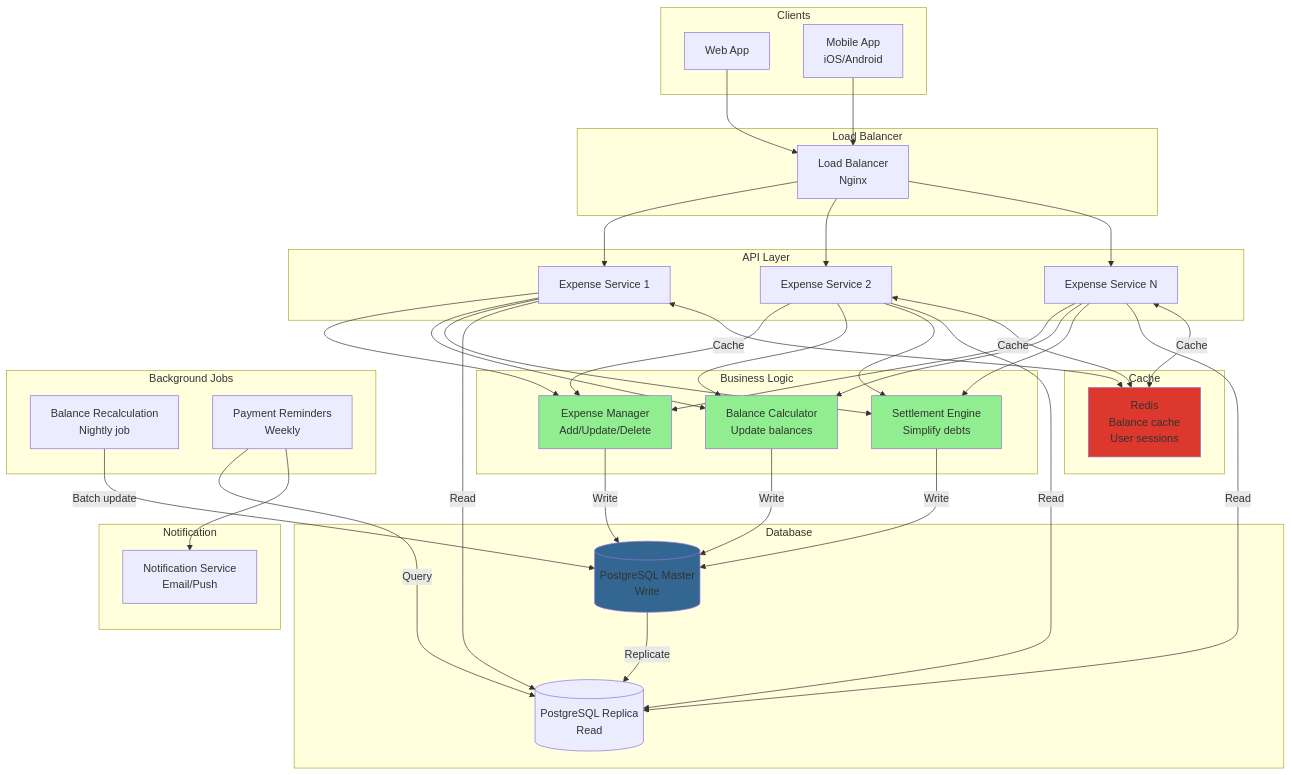
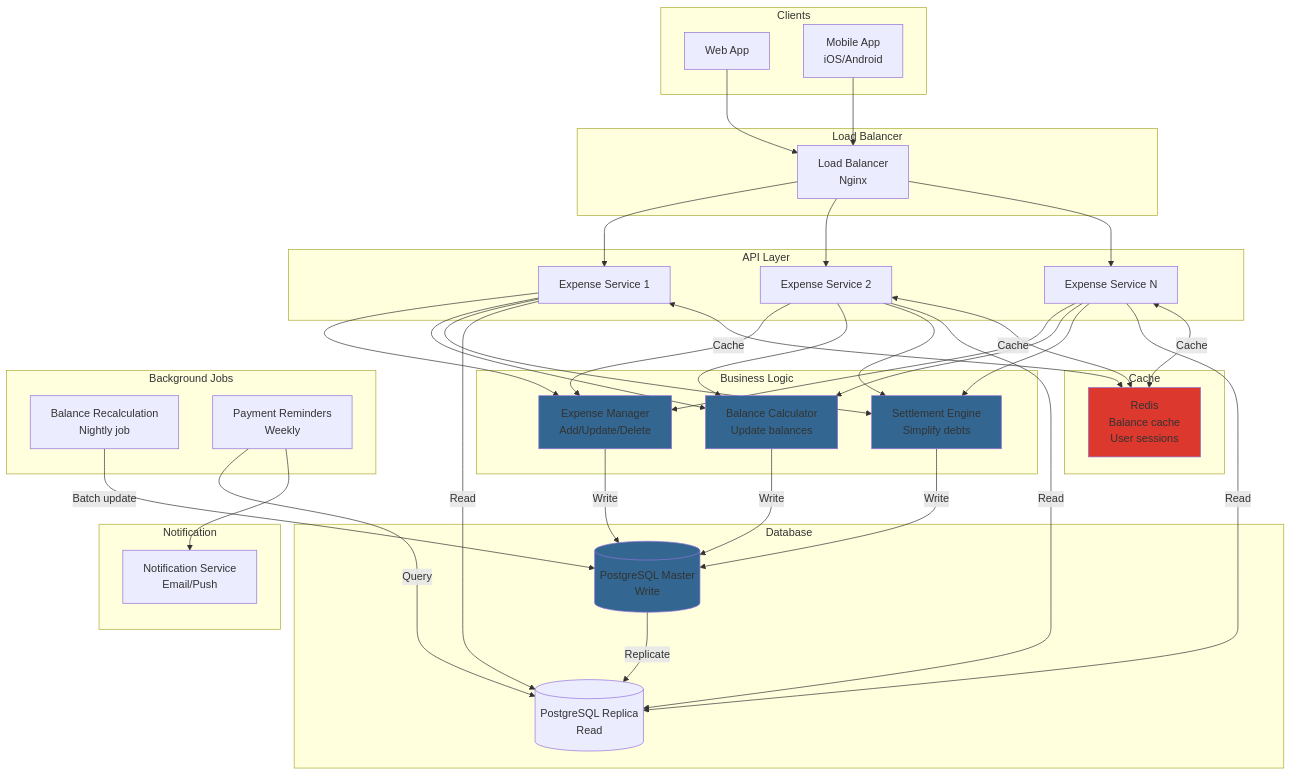
Before and after one commit to atulRanaa/problem-solving: the diagram in Distributed Systems/System Design/Splitwise (Expense Sharing System).md, drawn with Mermaid. The commit also changed 22 other files, not shown here.

````diff
--- a/Distributed Systems/System Design/Splitwise (Expense Sharing System).md
+++ b/Distributed Systems/System Design/Splitwise (Expense Sharing System).md
@@ -652,68 +652,68 @@
 ```mermaid
 graph TB
     subgraph "Clients"
         WEB[Web App]
         MOBILE[Mobile App<br/>iOS/Android]
     end
     
     subgraph "Load Balancer"
         LB[Load Balancer<br/>Nginx]
     end
     
     subgraph "API Layer"
         API1[Expense Service 1]
         API2[Expense Service 2]
         API3[Expense Service N]
     end
     
     subgraph "Business Logic"
         EXPENSE[Expense Manager<br/>Add/Update/Delete]
         BALANCE[Balance Calculator<br/>Update balances]
         SETTLE[Settlement Engine<br/>Simplify debts]
     end
     
     subgraph "Database"
         PG_MASTER[(PostgreSQL Master<br/>Write)]
         PG_REPLICA[(PostgreSQL Replica<br/>Read)]
     end
     
     subgraph "Cache"
         REDIS[Redis<br/>Balance cache<br/>User sessions]
     end
     
     subgraph "Background Jobs"
         RECALC[Balance Recalculation<br/>Nightly job]
         REMIND[Payment Reminders<br/>Weekly]
     end
     
     subgraph "Notification"
         NOTIF[Notification Service<br/>Email/Push]
     end
     
     WEB & MOBILE --> LB
     LB --> API1 & API2 & API3
     
     API1 & API2 & API3 --> EXPENSE
     API1 & API2 & API3 --> BALANCE
     API1 & API2 & API3 --> SETTLE
     
     EXPENSE -->|Write| PG_MASTER
     BALANCE -->|Write| PG_MASTER
     SETTLE -->|Write| PG_MASTER
     
     API1 & API2 & API3 -->|Read| PG_REPLICA
     
     API1 & API2 & API3 <-->|Cache| REDIS
     
     PG_MASTER -->|Replicate| PG_REPLICA
     
     RECALC -->|Batch update| PG_MASTER
     REMIND -->|Query| PG_REPLICA
     REMIND --> NOTIF
     
-    style EXPENSE fill:#90EE90
-    style BALANCE fill:#90EE90
-    style SETTLE fill:#90EE90
+    style EXPENSE fill:#336791
+    style BALANCE fill:#336791
+    style SETTLE fill:#336791
     style REDIS fill:#dc382d
     style PG_MASTER fill:#336791
 ```
````
